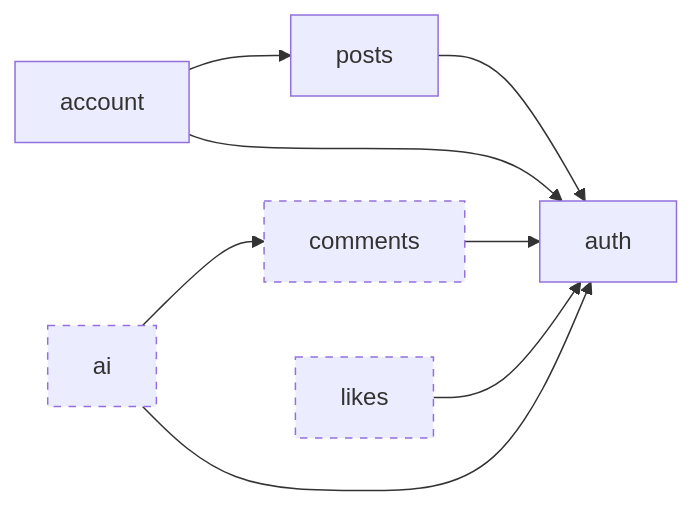
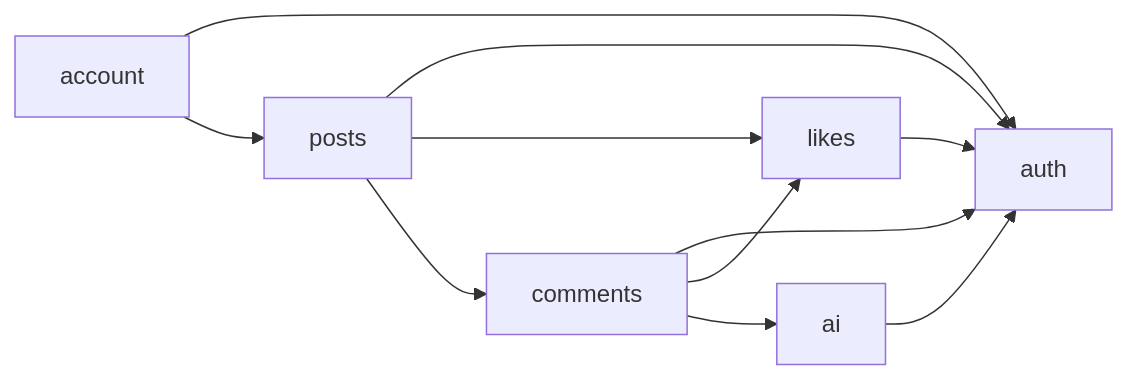
Before and after one commit to E-L-R/blog: the diagram in docs/FRONTEND.md, drawn with Mermaid. The commit also changed other lines of this file and 4 other files, not shown here.

Commit message:
docs: describe comments, likes and ai replies in the web app

````diff
--- a/docs/FRONTEND.md
+++ b/docs/FRONTEND.md
@@ -60,12 +60,13 @@
 ```mermaid
 flowchart LR
     posts --> auth
+    posts --> likes
+    posts --> comments
     account --> auth
     account --> posts
     comments --> auth
+    comments --> likes
+    comments --> ai
     likes --> auth
     ai --> auth
-    ai --> comments
-    classDef planned stroke-dasharray: 5 5
-    class comments,likes,ai planned
 ```
````
